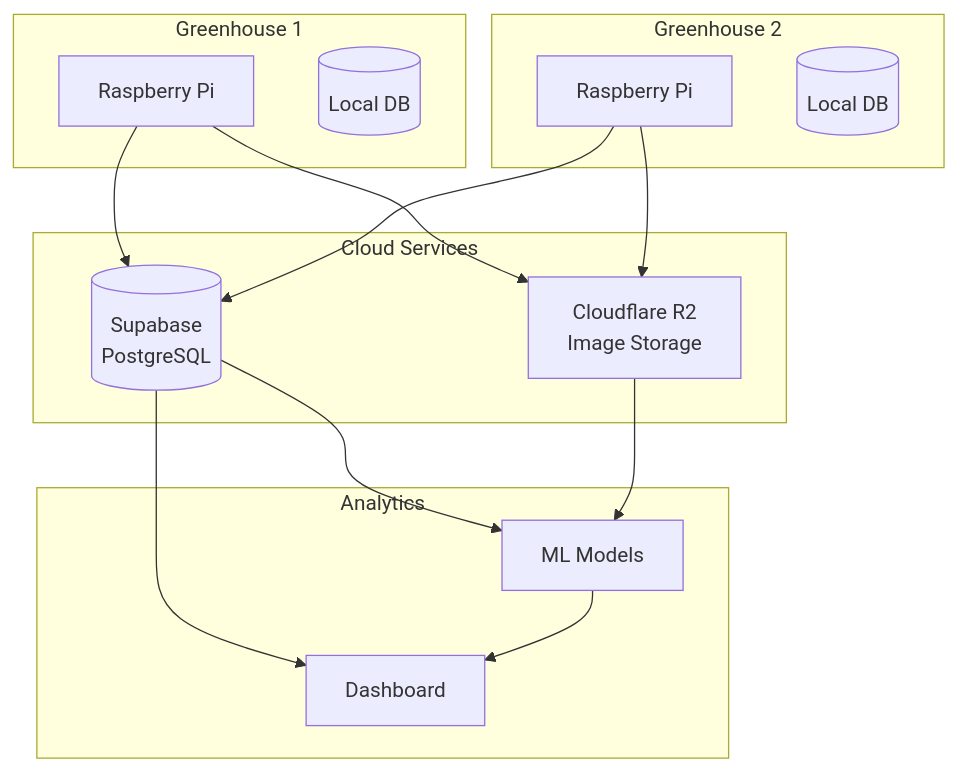
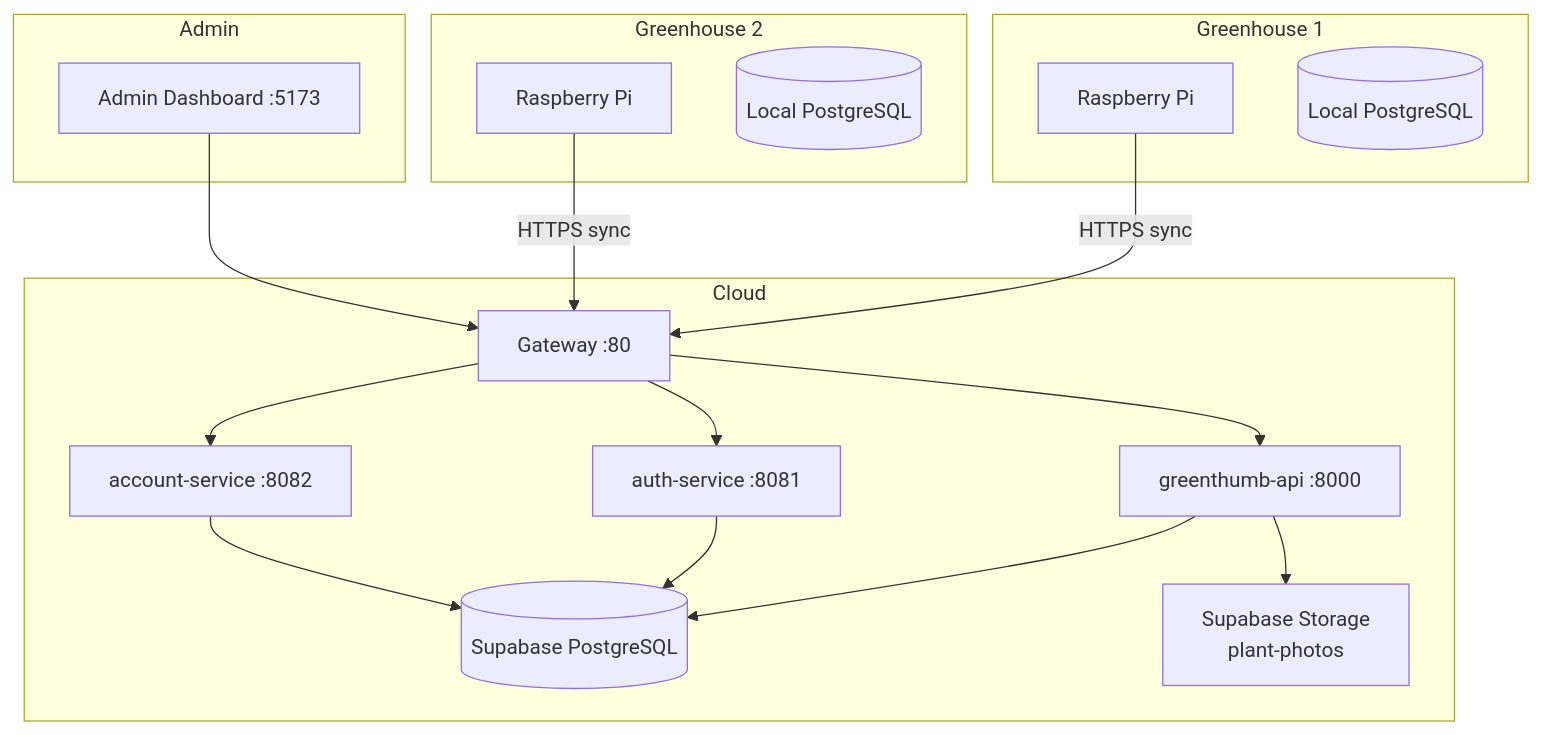
The sixth of 6 diagrams in docs/architecture/diagrams.md (GreenThumbProject/docs), drawn with Mermaid before and after one commit. The commit also changed other lines of this file and 12 other files, not shown here.

````diff
--- a/docs/architecture/diagrams.md
+++ b/docs/architecture/diagrams.md
@@ -224,31 +229,36 @@
 ```mermaid
 graph TB
     subgraph "Greenhouse 1"
         RPI1[Raspberry Pi]
-        DB1[(Local DB)]
+        DB1[(Local PostgreSQL)]
     end
-    
+
     subgraph "Greenhouse 2"
         RPI2[Raspberry Pi]
-        DB2[(Local DB)]
+        DB2[(Local PostgreSQL)]
     end
-    
-    subgraph "Cloud Services"
-        SUPA[(Supabase<br/>PostgreSQL)]
-        R2[Cloudflare R2<br/>Image Storage]
+
+    subgraph "Cloud"
+        GW[Gateway :80]
+        GAPI[greenthumb-api :8000]
+        AUTH[auth-service :8081]
+        ACC[account-service :8082]
+        SUPDB[(Supabase PostgreSQL)]
+        SUPSTORAGE[Supabase Storage\nplant-photos]
     end
-    
-    subgraph "Analytics"
-        ML[ML Models]
-        DASH[Dashboard]
+
+    subgraph "Admin"
+        ADMINDASH[Admin Dashboard :5173]
     end
-    
-    RPI1 --> SUPA
-    RPI1 --> R2
-    RPI2 --> SUPA
-    RPI2 --> R2
-    SUPA --> ML
-    R2 --> ML
-    SUPA --> DASH
-    ML --> DASH
+
+    RPI1 -->|HTTPS sync| GW
+    RPI2 -->|HTTPS sync| GW
+    GW --> GAPI
+    GW --> AUTH
+    GW --> ACC
+    GAPI --> SUPDB
+    GAPI --> SUPSTORAGE
+    AUTH --> SUPDB
+    ACC --> SUPDB
+    ADMINDASH --> GW
 ```
````
